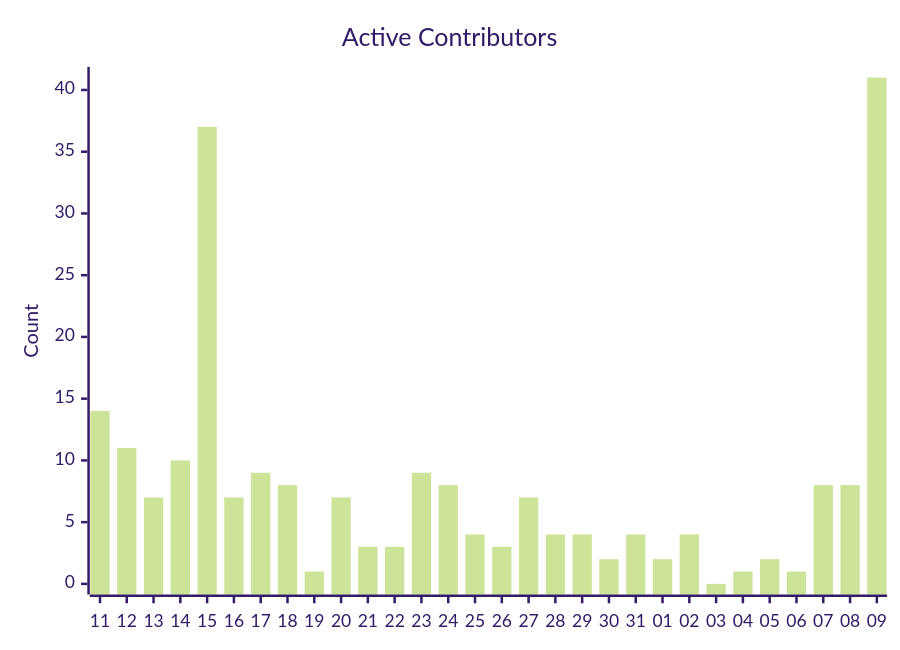
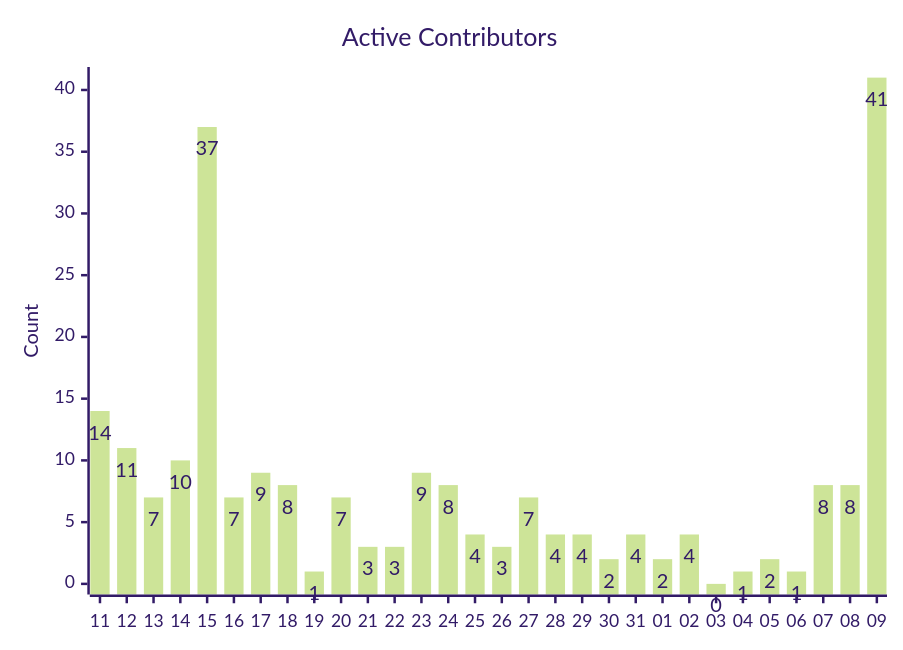
Before and after one commit to cocosheng-g/gemini-cli: the fifth of 7 diagrams in triage/CONTRIBUTION_METRICS.md, drawn with Mermaid (forest theme). The commit also changed other lines of this file, not shown here.

````diff
--- a/triage/CONTRIBUTION_METRICS.md
+++ b/triage/CONTRIBUTION_METRICS.md
@@ -80,7 +100,12 @@
 ```mermaid
+---
+config:
+  xyChart:
+    showDataLabel: true
+---
 xychart-beta
     title "Active Contributors"
     x-axis ["11", "12​", "13​​", "14​​​", "15​​​​", "16​​​​​", "17​​​​​​", "18​​​​​​​", "19​​​​​​​​", "20​​​​​​​​​", "21​​​​​​​​​​", "22​​​​​​​​​​​", "23​​​​​​​​​​​​", "24​​​​​​​​​​​​​", "25​​​​​​​​​​​​​​", "26​​​​​​​​​​​​​​​", "27​​​​​​​​​​​​​​​​", "28​​​​​​​​​​​​​​​​​", "29​​​​​​​​​​​​​​​​​​", "30​​​​​​​​​​​​​​​​​​​", "31​​​​​​​​​​​​​​​​​​​​", "01​​​​​​​​​​​​​​​​​​​​​", "02​​​​​​​​​​​​​​​​​​​​​​", "03​​​​​​​​​​​​​​​​​​​​​​​", "04​​​​​​​​​​​​​​​​​​​​​​​​", "05​​​​​​​​​​​​​​​​​​​​​​​​​", "06​​​​​​​​​​​​​​​​​​​​​​​​​​", "07​​​​​​​​​​​​​​​​​​​​​​​​​​​", "08​​​​​​​​​​​​​​​​​​​​​​​​​​​​", "09​​​​​​​​​​​​​​​​​​​​​​​​​​​​​"]
     y-axis "Count"
     bar [14, 11, 7, 10, 37, 7, 9, 8, 1, 7, 3, 3, 9, 8, 4, 3, 7, 4, 4, 2, 4, 2, 4, 0, 1, 2, 1, 8, 8, 41]
 ```
````
